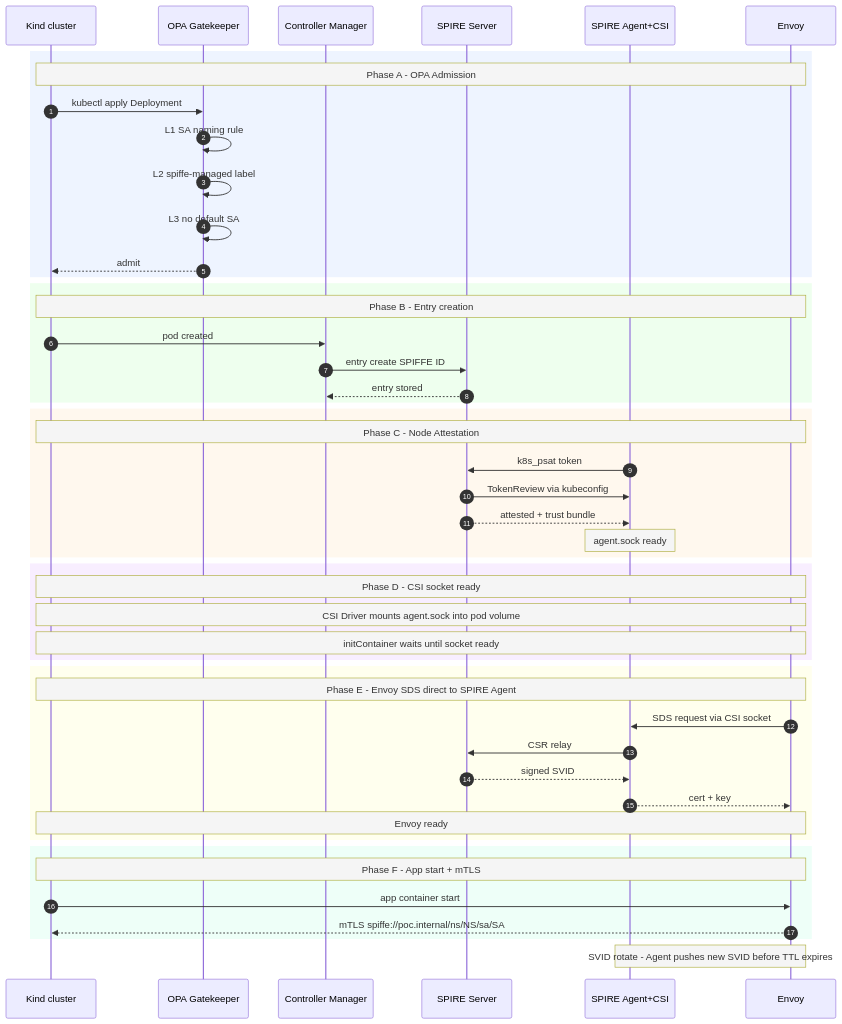
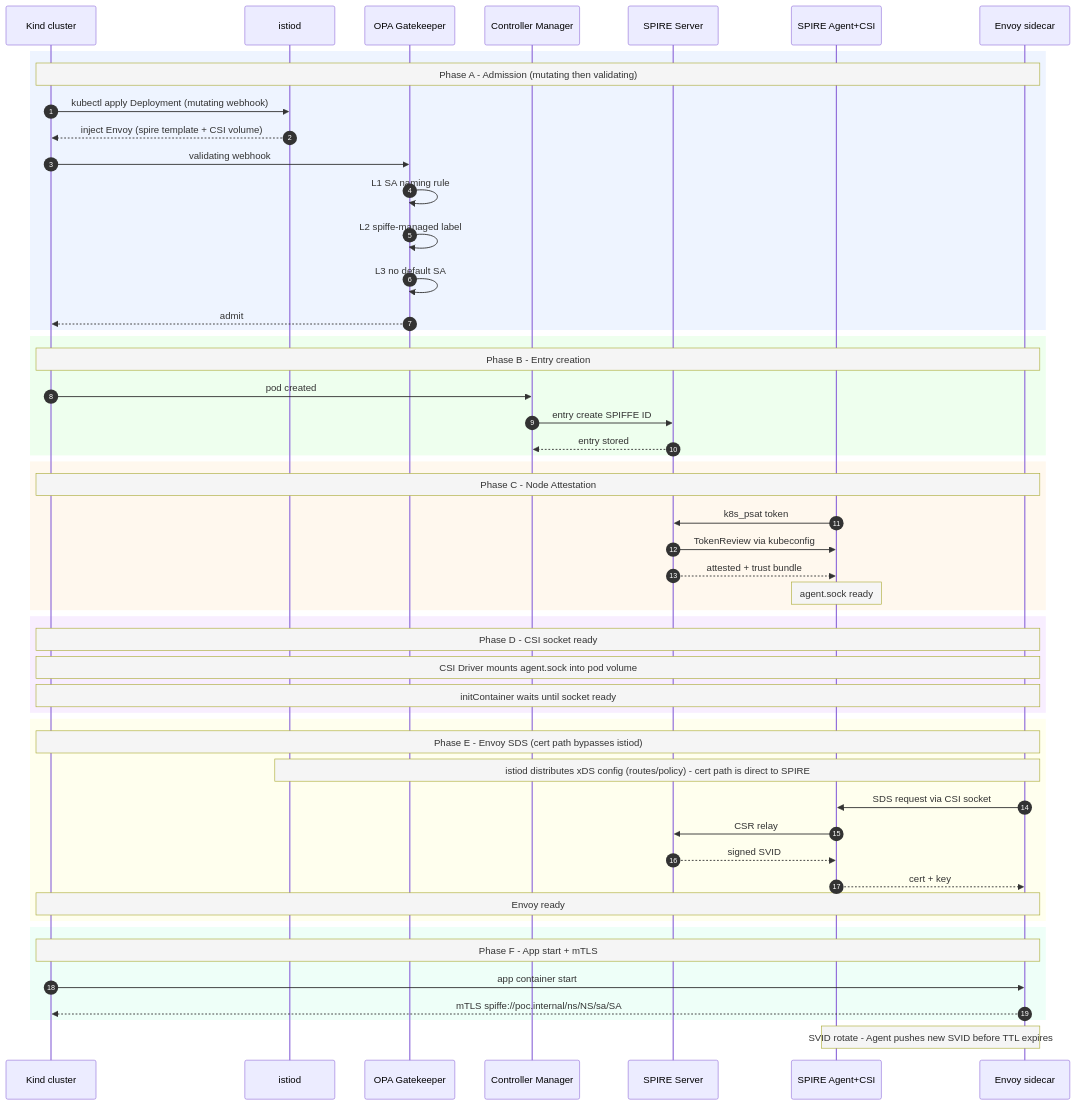
The diagram in docs/spire-istio-poc-summary.md (benchen149/kind-spire-istio-poc), drawn with Mermaid before and after one commit. The commit also changed other lines of this file, not shown here.

Commit message:
docs: add istiod to sequence diagram - sidecar injection + cert bypass note
Phase A now shows mutating webhook (istiod injects Envoy with spire
template + CSI volume) before validating webhook (OPA Gatekeeper).
Phase E adds xDS note clarifying istiod distributes routing/policy
config but cert path goes directly to SPIRE Agent, bypassing istiod.

````diff
--- a/docs/spire-istio-poc-summary.md
+++ b/docs/spire-istio-poc-summary.md
@@ -99,58 +99,62 @@
 ```mermaid
 %%{init: {'theme': 'default', 'themeVariables': {'noteBkgColor': '#f5f5f5', 'noteTextColor': '#333', 'activationBkgColor': '#e8e8e8'}}}%%
 sequenceDiagram
     autonumber
     participant Kind as Kind cluster
+    participant IS  as istiod
     participant OPA as OPA Gatekeeper
     participant CM  as Controller Manager
     participant SS  as SPIRE Server
     participant SA  as SPIRE Agent+CSI
-    participant EN  as Envoy
+    participant EN  as Envoy sidecar
 
     rect rgb(238, 244, 255)
-        Note over Kind,EN: Phase A - OPA Admission
-        Kind->>OPA: kubectl apply Deployment
+        Note over Kind,EN: Phase A - Admission (mutating then validating)
+        Kind->>IS: kubectl apply Deployment (mutating webhook)
+        IS-->>Kind: inject Envoy (spire template + CSI volume)
+        Kind->>OPA: validating webhook
         OPA->>OPA: L1 SA naming rule
         OPA->>OPA: L2 spiffe-managed label
         OPA->>OPA: L3 no default SA
         OPA-->>Kind: admit
     end
 
     rect rgb(238, 255, 238)
         Note over Kind,EN: Phase B - Entry creation
         Kind->>CM: pod created
         CM->>SS: entry create SPIFFE ID
         SS-->>CM: entry stored
     end
 
     rect rgb(255, 248, 238)
         Note over Kind,EN: Phase C - Node Attestation
         SA->>SS: k8s_psat token
         SS->>SA: TokenReview via kubeconfig
         SS-->>SA: attested + trust bundle
         Note over SA: agent.sock ready
     end
 
     rect rgb(248, 238, 255)
         Note over Kind,EN: Phase D - CSI socket ready
         Note over Kind,EN: CSI Driver mounts agent.sock into pod volume
         Note over Kind,EN: initContainer waits until socket ready
     end
 
     rect rgb(255, 255, 238)
-        Note over Kind,EN: Phase E - Envoy SDS direct to SPIRE Agent
+        Note over Kind,EN: Phase E - Envoy SDS (cert path bypasses istiod)
+        Note over IS,EN: istiod distributes xDS config (routes/policy) - cert path is direct to SPIRE
         EN->>SA: SDS request via CSI socket
         SA->>SS: CSR relay
         SS-->>SA: signed SVID
         SA-->>EN: cert + key
         Note over Kind,EN: Envoy ready
     end
 
     rect rgb(238, 255, 248)
         Note over Kind,EN: Phase F - App start + mTLS
         Kind->>EN: app container start
         EN-->>Kind: mTLS spiffe://poc.internal/ns/NS/sa/SA
     end
 
     Note over SA,EN: SVID rotate - Agent pushes new SVID before TTL expires
 ```
````
